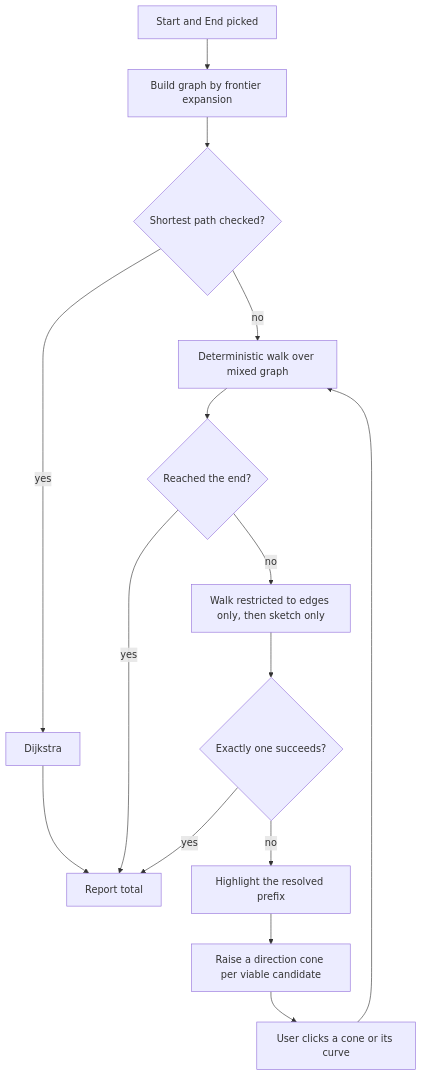
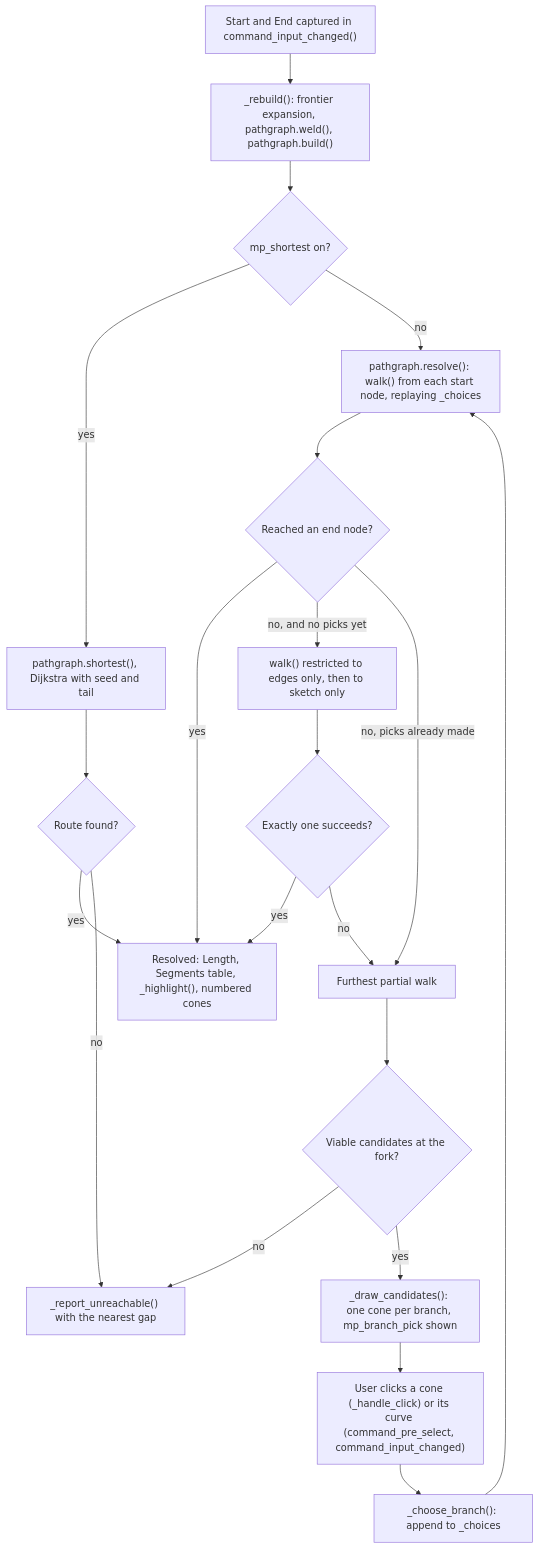
One commit to schneik80/PowerTools changed the first of 2 diagrams in docs/arch/Measure Path.md. Above: the diagram before and after it, drawn with Mermaid. The commit also changed other lines of this file and 69 other files, not shown here.

````diff
--- a/docs/arch/Measure Path.md
+++ b/docs/arch/Measure Path.md
@@ -79,16 +122,23 @@
 ```mermaid
 flowchart TD
-    S[Start and End picked] --> G[Build graph by frontier expansion]
-    G --> SP{Shortest path checked?}
-    SP -->|yes| DIJ[Dijkstra] --> DONE[Report total]
-    SP -->|no| W[Deterministic walk over mixed graph]
-    W --> R{Reached the end?}
+    S["Start and End captured in command_input_changed()"] --> G["_rebuild(): frontier expansion, pathgraph.weld(), pathgraph.build()"]
+    G --> SP{"mp_shortest on?"}
+    SP -->|yes| DIJ["pathgraph.shortest(), Dijkstra with seed and tail"]
+    DIJ --> R1{"Route found?"}
+    R1 -->|yes| DONE["Resolved: Length, Segments table, _highlight(), numbered cones"]
+    R1 -->|no| UNR["_report_unreachable() with the nearest gap"]
+    SP -->|no| W["pathgraph.resolve(): walk() from each start node, replaying _choices"]
+    W --> R{"Reached an end node?"}
     R -->|yes| DONE
-    R -->|no| H[Walk restricted to edges only, then sketch only]
-    H --> H1{Exactly one succeeds?}
+    R -->|"no, and no picks yet"| H["walk() restricted to edges only, then to sketch only"]
+    H --> H1{"Exactly one succeeds?"}
     H1 -->|yes| DONE
-    H1 -->|no| B[Highlight the resolved prefix]
-    B --> C[Raise a direction cone per viable candidate]
-    C --> P[User clicks a cone or its curve]
-    P --> W
+    H1 -->|no| B["Furthest partial walk"]
+    R -->|"no, picks already made"| B
+    B --> C2{"Viable candidates at the fork?"}
+    C2 -->|no| UNR
+    C2 -->|yes| CONE["_draw_candidates(): one cone per branch, mp_branch_pick shown"]
+    CONE --> P["User clicks a cone (_handle_click) or its curve (command_pre_select, command_input_changed)"]
+    P --> CH["_choose_branch(): append to _choices"]
+    CH --> W
 ```
````
